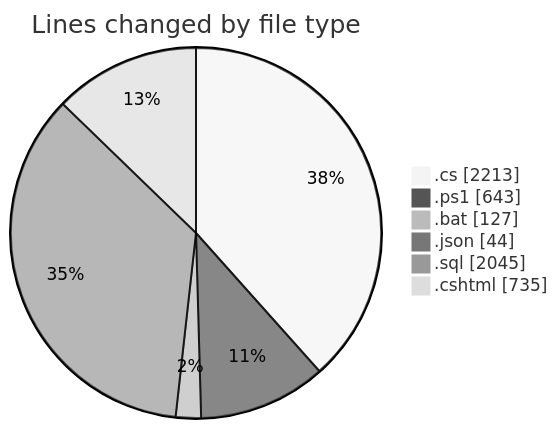
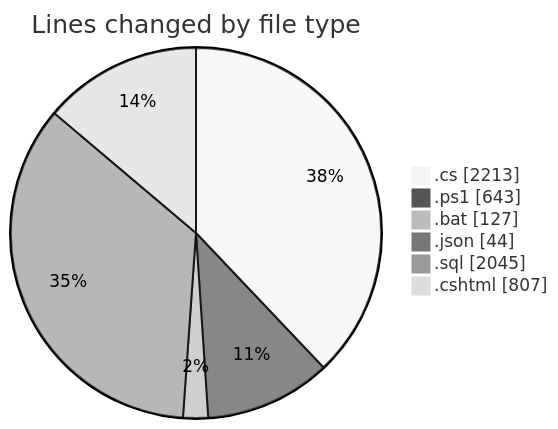
One commit to lephambinh05/code-tracking changed the first of 2 diagrams in 2025-07-28/quanlyrapchieuphim-2/README.md. Above: the diagram before and after it, drawn with Mermaid (neutral theme). The commit also changed other lines of this file and 1 other file, not shown here.

````diff
--- a/2025-07-28/quanlyrapchieuphim-2/README.md
+++ b/2025-07-28/quanlyrapchieuphim-2/README.md
@@ -46,10 +46,10 @@
 ```mermaid
 pie showData
 title Lines changed by file type
 ".cs" : 2213
 ".ps1" : 643
 ".bat" : 127
 ".json" : 44
 ".sql" : 2045
-".cshtml" : 735
+".cshtml" : 807
 ```
````
